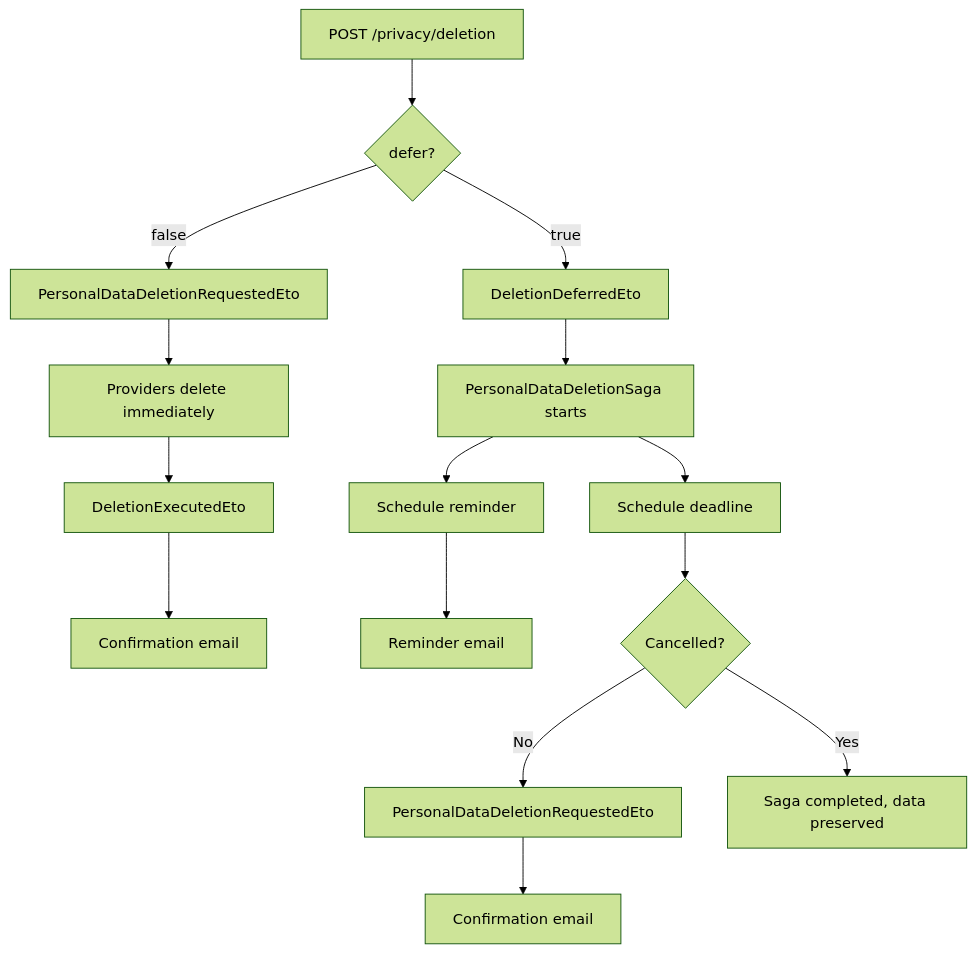
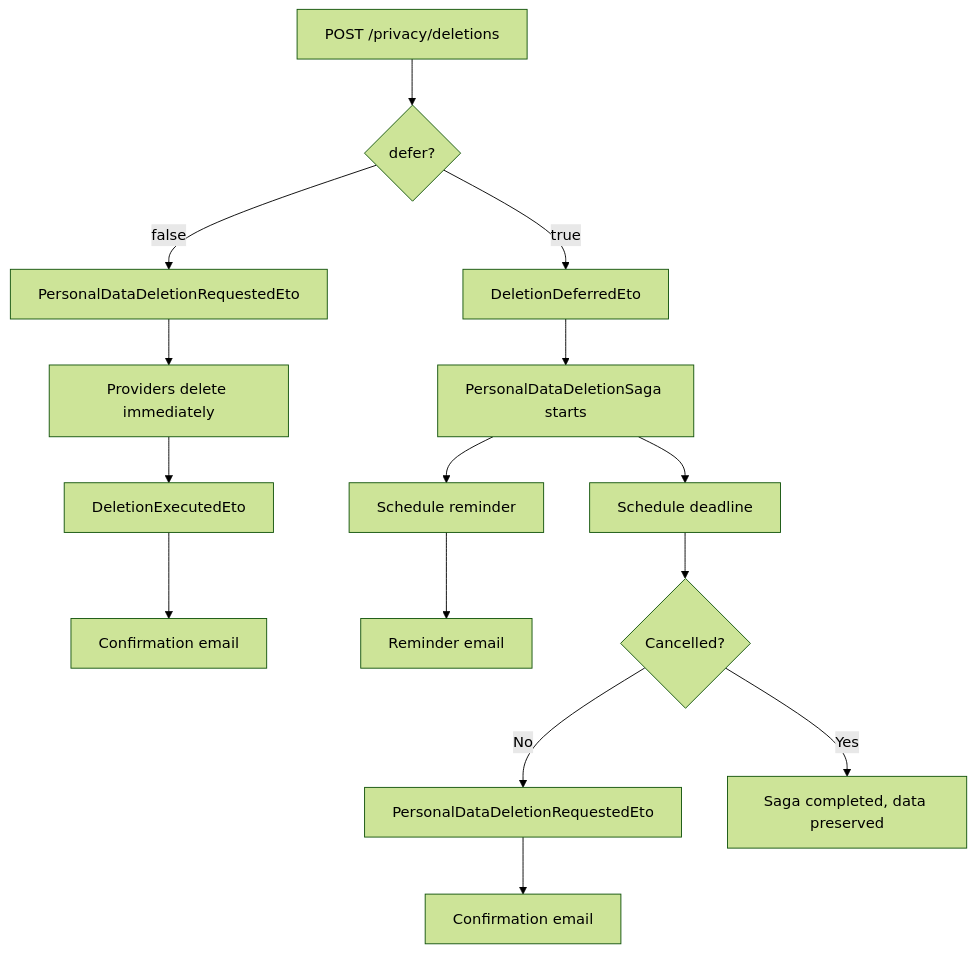
The diagram in src/content/docs/dotnet/compliance/privacy/data-deletion.mdx (granit-fx/granit-docs), drawn with Mermaid (forest theme) before and after one commit. The commit also changed other lines of this file and 11 other files, not shown here.

````diff
--- a/src/content/docs/dotnet/compliance/privacy/data-deletion.mdx
+++ b/src/content/docs/dotnet/compliance/privacy/data-deletion.mdx
@@ -16,17 +16,17 @@
 ```mermaid
 flowchart TD
-    A["POST /privacy/deletion"] --> B{defer?}
+    A["POST /privacy/deletions"] --> B{defer?}
     B -->|false| C[PersonalDataDeletionRequestedEto]
     C --> D[Providers delete immediately]
     D --> E[DeletionExecutedEto]
     E --> F["Confirmation email"]
     B -->|true| G[DeletionDeferredEto]
     G --> H["PersonalDataDeletionSaga starts"]
     H --> I["Schedule reminder"]
     H --> J["Schedule deadline"]
     I --> K["Reminder email"]
     J --> L{Cancelled?}
     L -->|No| M[PersonalDataDeletionRequestedEto]
     M --> N["Confirmation email"]
     L -->|Yes| O["Saga completed, data preserved"]
 ```
````
